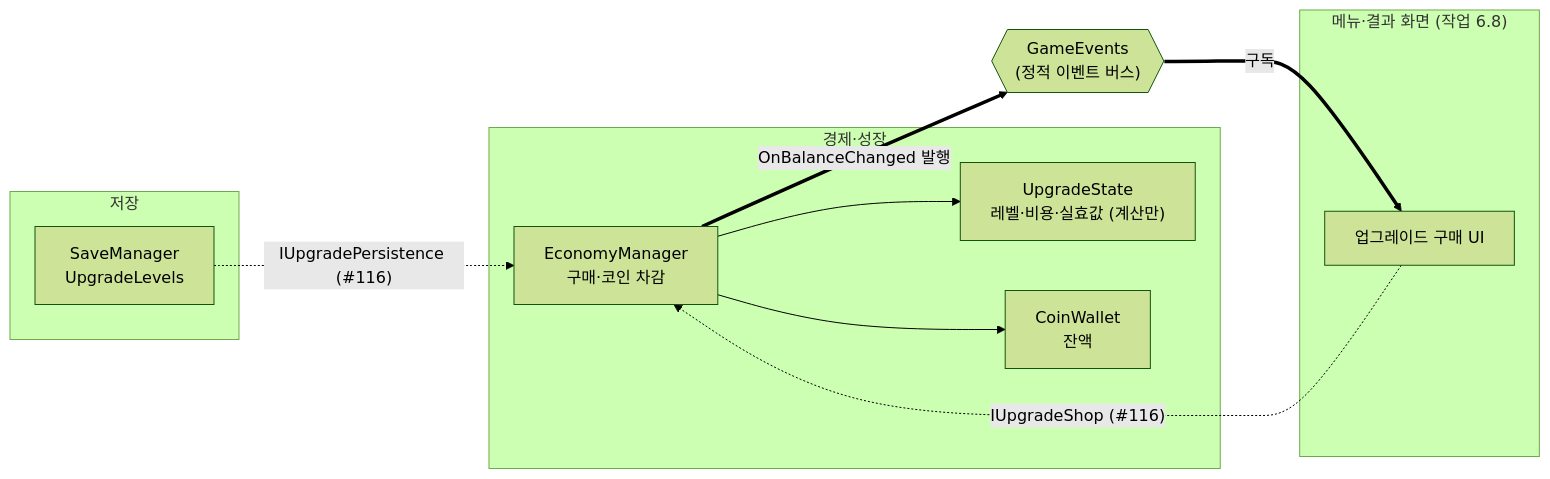
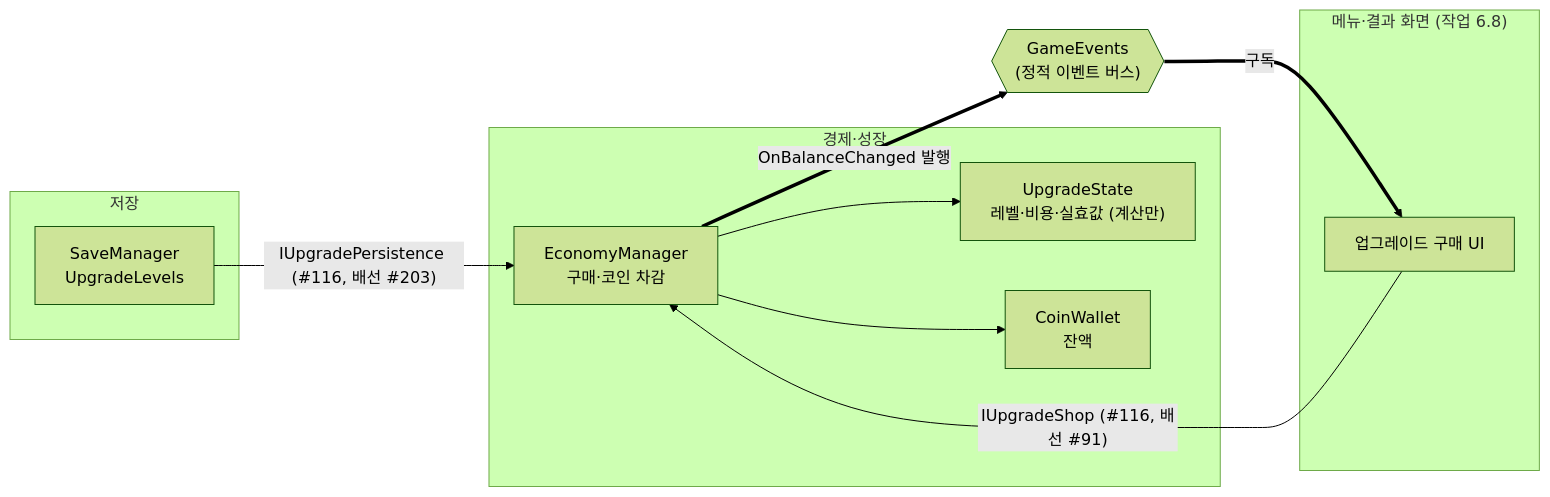
The diagram in docs/TECH_NOTES/upgrades.md (KDNA-Gwangju-1/NCAIClicker), drawn with Mermaid (forest theme) before and after one commit. The commit also changed other lines of this file and 17 other files, not shown here.

````diff
--- a/docs/TECH_NOTES/upgrades.md
+++ b/docs/TECH_NOTES/upgrades.md
@@ -55,25 +54,25 @@
 ```mermaid
 flowchart LR
   subgraph Economy["경제·성장"]
     mgr["EconomyManager<br/>구매·코인 차감"]
     state["UpgradeState<br/>레벨·비용·실효값 (계산만)"]
     wallet["CoinWallet<br/>잔액"]
   end
 
   subgraph Shop["메뉴·결과 화면 (작업 6.8)"]
     ui["업그레이드 구매 UI"]
   end
 
   subgraph Save["저장"]
     save["SaveManager<br/>UpgradeLevels"]
   end
 
   events{{"GameEvents<br/>(정적 이벤트 버스)"}}
 
   mgr --> state
   mgr --> wallet
-  ui -. "IUpgradeShop (#116)" .-> mgr
-  save -. "IUpgradePersistence (#116)" .-> mgr
+  ui -- "IUpgradeShop (#116, 배선 #91)" --> mgr
+  save -- "IUpgradePersistence (#116, 배선 #203)" --> mgr
   mgr == "OnBalanceChanged 발행" ==> events
   events == "구독" ==> ui
 ```
````
